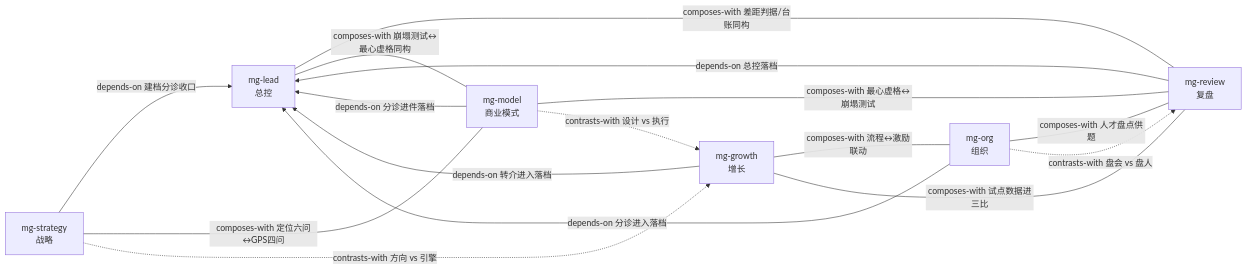
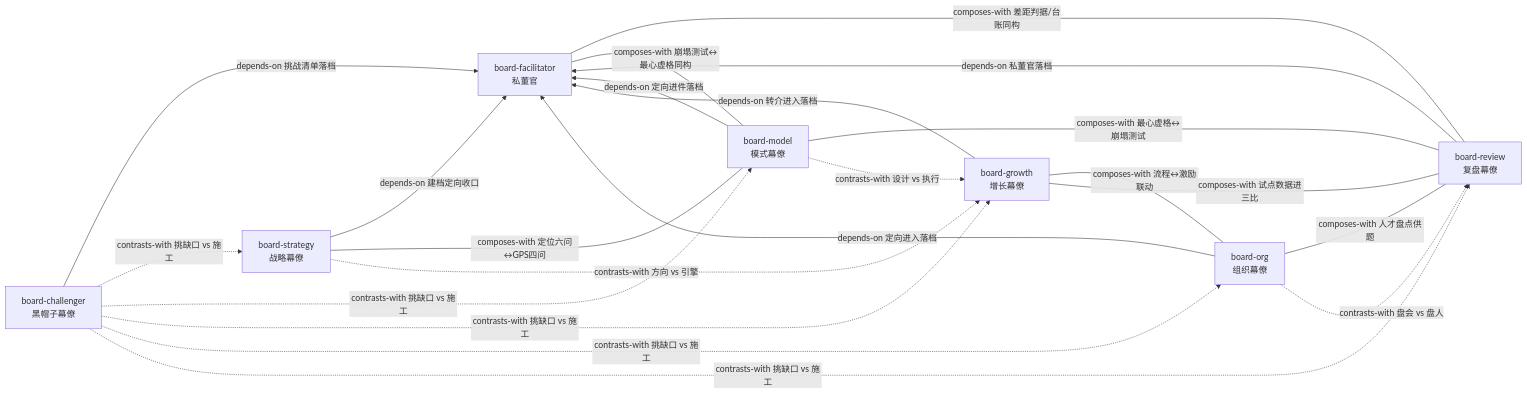
One commit to guoleiycyc-sketch/mg-expert-team-dist changed the second of 2 diagrams in INDEX.md. Above: the diagram before and after it, drawn with Mermaid. The commit also changed other lines of this file and 28 other files, not shown here.

Commit message:
v2.0.0: 道行私董专家团——mg-* 全线升级 board-*（私董会形态）：私董八 Phase（案前打磨/幕僚之问只提问不给建议/真问题公式/隔墙有耳/三段式反馈·如果我是你通道/监督人唯一/送一朵小红花）、新增黑帽子幕僚邓不同（board-challenger）、GLOSSARY 增私董术语 11 条、根文档全面私董化

````diff
--- a/INDEX.md
+++ b/INDEX.md
@@ -57,27 +65,30 @@
 ```mermaid
 flowchart LR
-    LEAD["mg-lead<br/>总控"]
-    ST["mg-strategy<br/>战略"]
-    MO["mg-model<br/>商业模式"]
-    GR["mg-growth<br/>增长"]
-    OR["mg-org<br/>组织"]
-    RV["mg-review<br/>复盘"]
+    FAC["board-facilitator<br/>私董官"]
+    ST["board-strategy<br/>战略幕僚"]
+    MO["board-model<br/>模式幕僚"]
+    GR["board-growth<br/>增长幕僚"]
+    OR["board-org<br/>组织幕僚"]
+    RV["board-review<br/>复盘幕僚"]
+    CH["board-challenger<br/>黑帽子幕僚"]
 
-    ST -->|"depends-on 建档分诊收口"| LEAD
-    MO -->|"depends-on 分诊进件落档"| LEAD
-    GR -->|"depends-on 转介进入落档"| LEAD
-    OR -->|"depends-on 分诊进入落档"| LEAD
-    RV -->|"depends-on 总控落档"| LEAD
+    ST -->|"depends-on 建档定向收口"| FAC
+    MO -->|"depends-on 定向进件落档"| FAC
+    GR -->|"depends-on 转介进入落档"| FAC
+    OR -->|"depends-on 定向进入落档"| FAC
+    RV -->|"depends-on 私董官落档"| FAC
+    CH -->|"depends-on 挑战清单落档"| FAC
 
-    LEAD ---|"composes-with 差距判据/台账同构"| RV
-    LEAD ---|"composes-with 崩塌测试↔最心虚格同构"| MO
+    FAC ---|"composes-with 差距判据/台账同构"| RV
+    FAC ---|"composes-with 崩塌测试↔最心虚格同构"| MO
     ST ---|"composes-with 定位六问↔GPS四问"| MO
     MO ---|"composes-with 最心虚格↔崩塌测试"| RV
     GR ---|"composes-with 流程↔激励联动"| OR
     GR ---|"composes-with 试点数据进三比"| RV
     OR ---|"composes-with 人才盘点供题"| RV
 
+    CH -.->|"contrasts-with 挑缺口 vs 施工"| ST & MO & GR & OR & RV
     ST -.->|"contrasts-with 方向 vs 引擎"| GR
     MO -.->|"contrasts-with 设计 vs 执行"| GR
     OR -.->|"contrasts-with 盘会 vs 盘人"| RV
 ```
````
